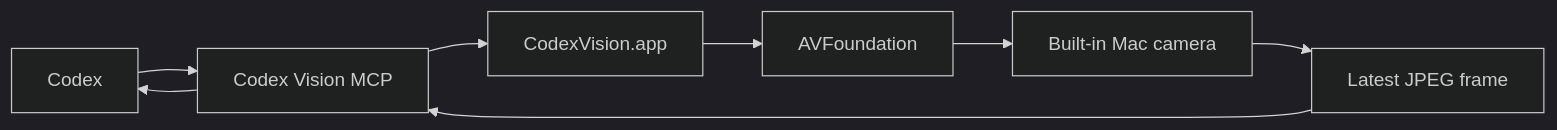
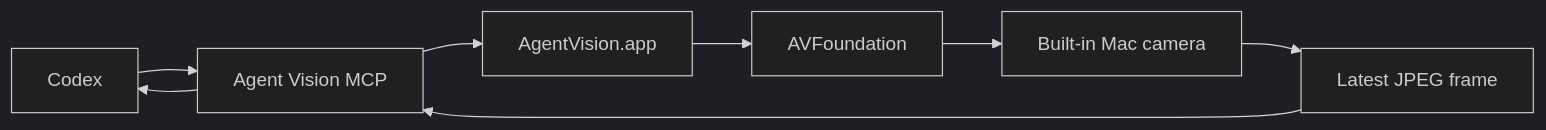
Before and after one commit to zfifteen/agent-vision: the diagram in README.md, drawn with Mermaid (dark theme). The commit also changed other lines of this file and 22 other files, not shown here.

Commit message:
Complete Agent Vision rebrand

````diff
--- a/README.md
+++ b/README.md
@@ -197,10 +197,10 @@
 ```mermaid
 flowchart LR
-  A["Codex"] --> B["Codex Vision MCP"]
-  B --> C["CodexVision.app"]
+  A["Codex"] --> B["Agent Vision MCP"]
+  B --> C["AgentVision.app"]
   C --> D["AVFoundation"]
   D --> E["Built-in Mac camera"]
   E --> F["Latest JPEG frame"]
   F --> B
   B --> A
 ```
````
